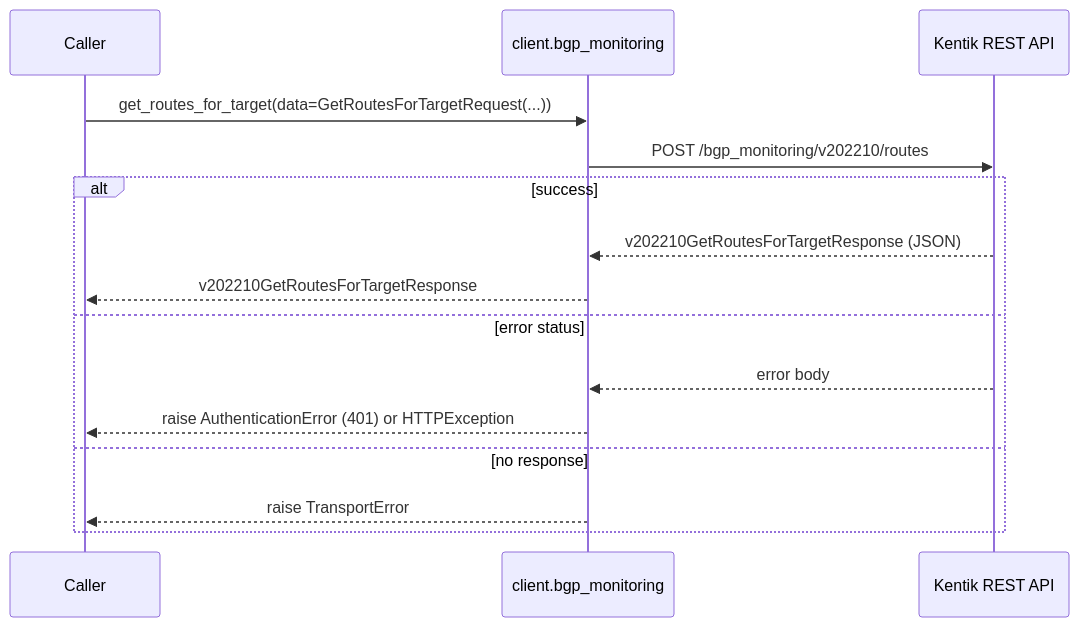
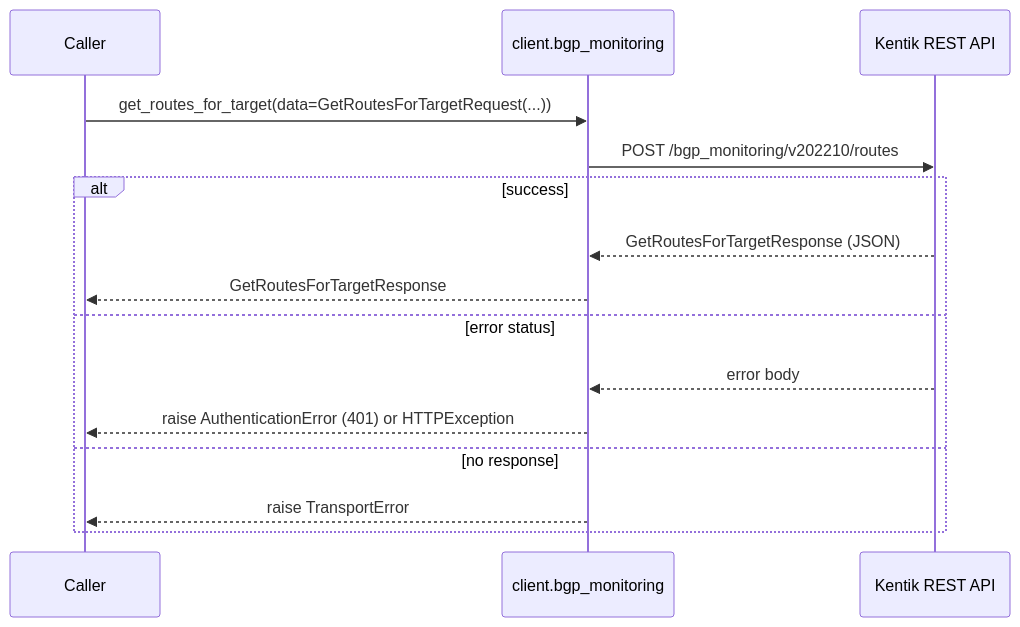
Before and after one commit to alexdearaujo/community_sdk_python: the fourth of 18 diagrams in docs/sphinx/services/bgp_monitoring.md, drawn with Mermaid. The commit also changed other lines of this file and 38 other files, not shown here.

````diff
--- a/docs/sphinx/services/bgp_monitoring.md
+++ b/docs/sphinx/services/bgp_monitoring.md
@@ -116,18 +116,18 @@
 ```mermaid
 sequenceDiagram
     participant C as Caller
     participant W as client.bgp_monitoring
     participant API as Kentik REST API
 
     C->>W: get_routes_for_target(data=GetRoutesForTargetRequest(...))
     W->>API: POST /bgp_monitoring/v202210/routes
     alt success
-        API-->>W: v202210GetRoutesForTargetResponse (JSON)
-        W-->>C: v202210GetRoutesForTargetResponse
+        API-->>W: GetRoutesForTargetResponse (JSON)
+        W-->>C: GetRoutesForTargetResponse
     else error status
         API-->>W: error body
         W-->>C: raise AuthenticationError (401) or HTTPException
     else no response
         W-->>C: raise TransportError
     end
 ```
````
